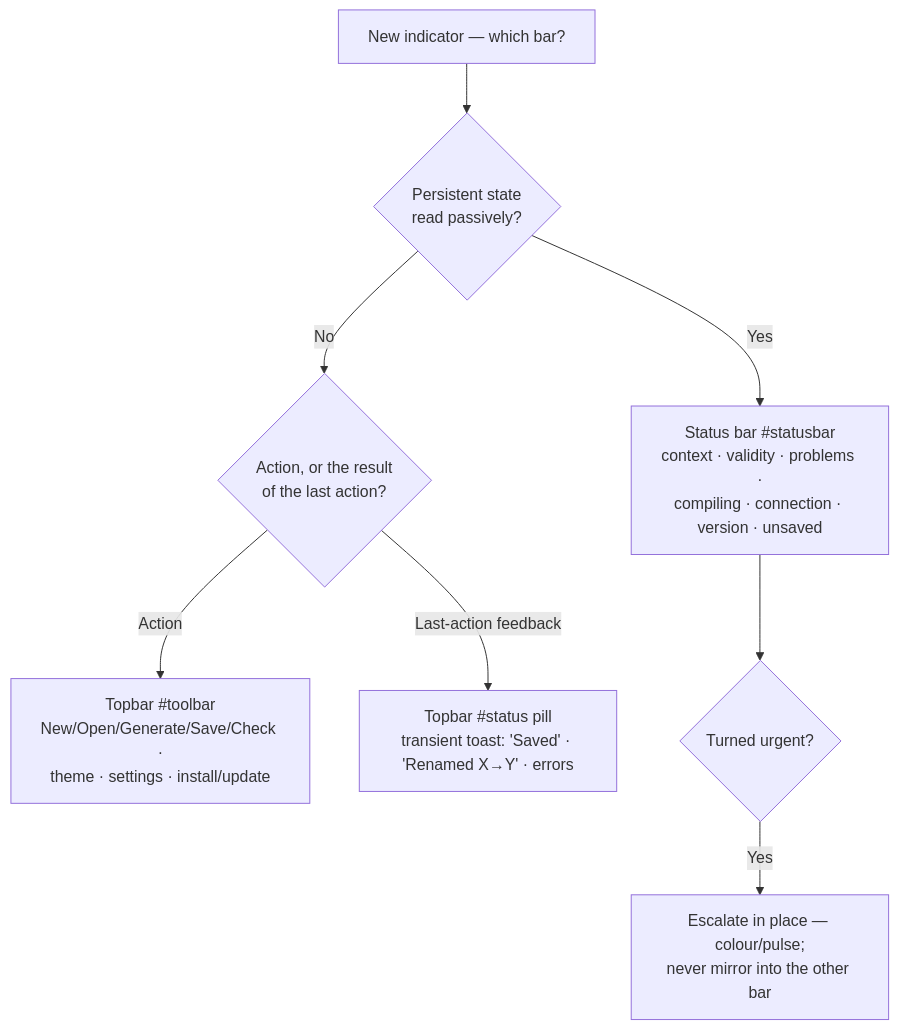
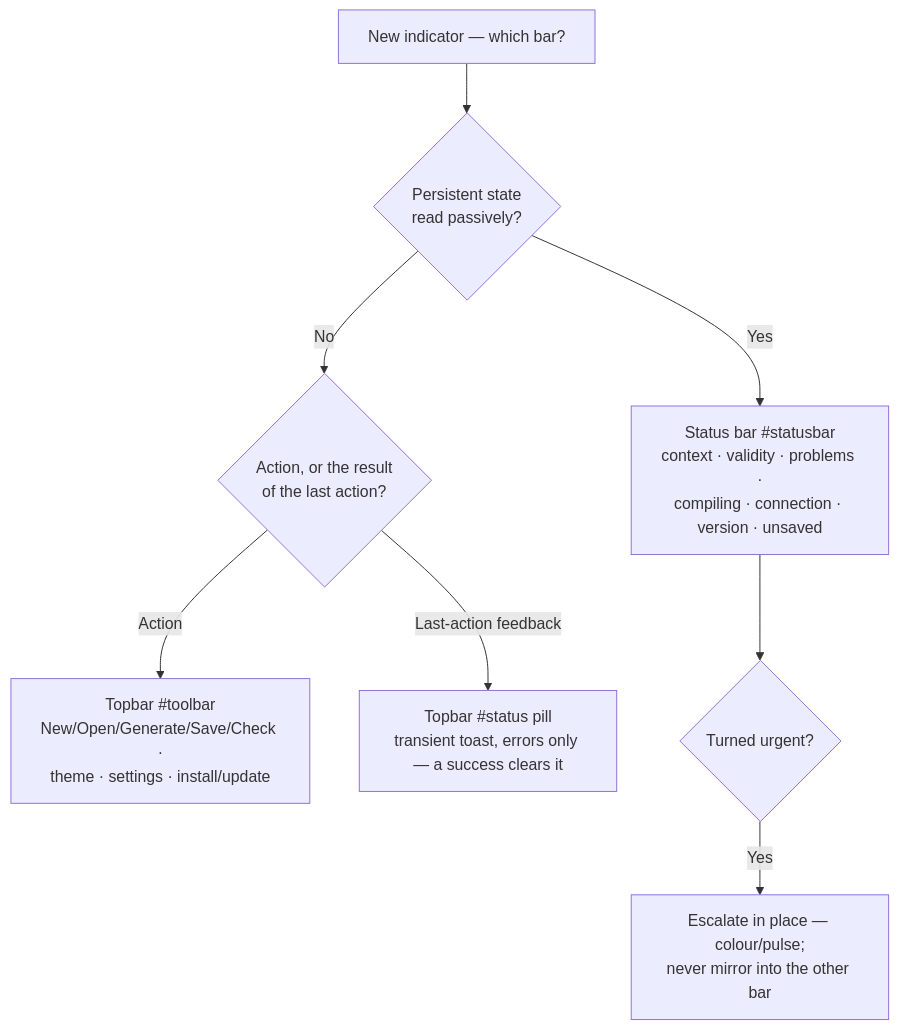
Before and after one commit to Atypical-Consulting/Koine: the diagram in tooling/koine-studio/docs/shell-bars-contract.md, drawn with Mermaid. The commit also changed other lines of this file and 19 other files, not shown here.

First line of the commit message:
refactor(studio): drop the success toast from the topbar status pill (#927)

````diff
--- a/tooling/koine-studio/docs/shell-bars-contract.md
+++ b/tooling/koine-studio/docs/shell-bars-contract.md
@@ -73,10 +75,10 @@
 ```mermaid
 flowchart TD
   A[New indicator — which bar?] --> B{Persistent state<br/>read passively?}
   B -- Yes --> C[Status bar #statusbar<br/>context · validity · problems ·<br/>compiling · connection · version · unsaved]
   B -- No --> D{Action, or the result<br/>of the last action?}
   D -- Action --> E[Topbar #toolbar<br/>New/Open/Generate/Save/Check ·<br/>theme · settings · install/update]
-  D -- Last-action feedback --> F[Topbar #status pill<br/>transient toast: 'Saved' · 'Renamed X→Y' · errors]
+  D -- Last-action feedback --> F[Topbar #status pill<br/>transient toast, errors only — a success clears it]
   C --> G{Turned urgent?}
   G -- Yes --> H[Escalate in place — colour/pulse;<br/>never mirror into the other bar]
 ```
````
